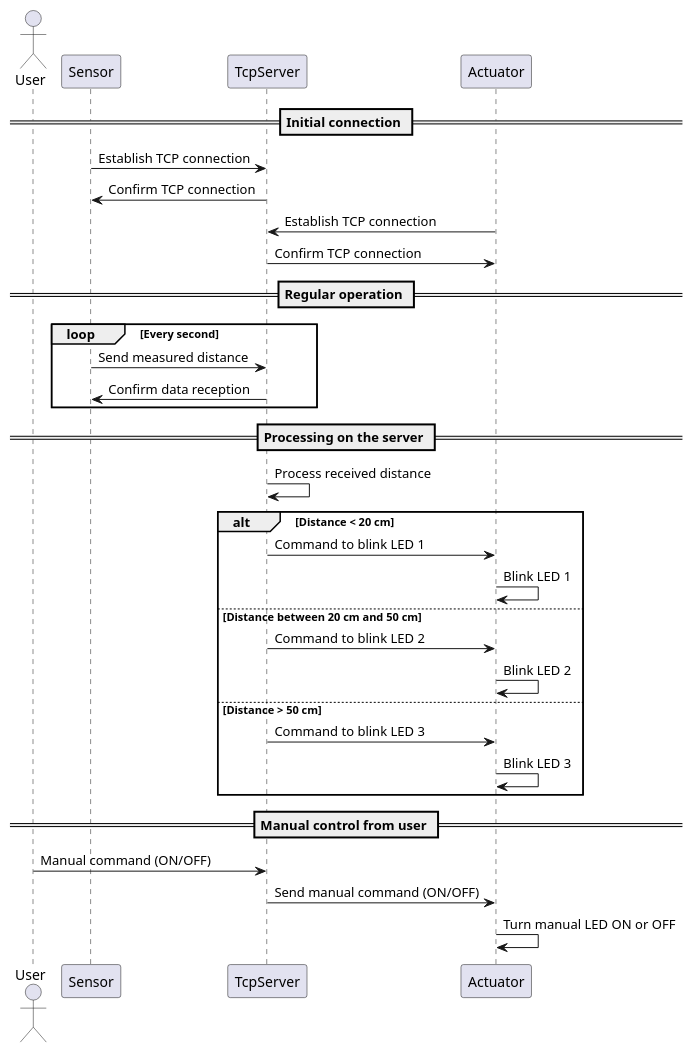
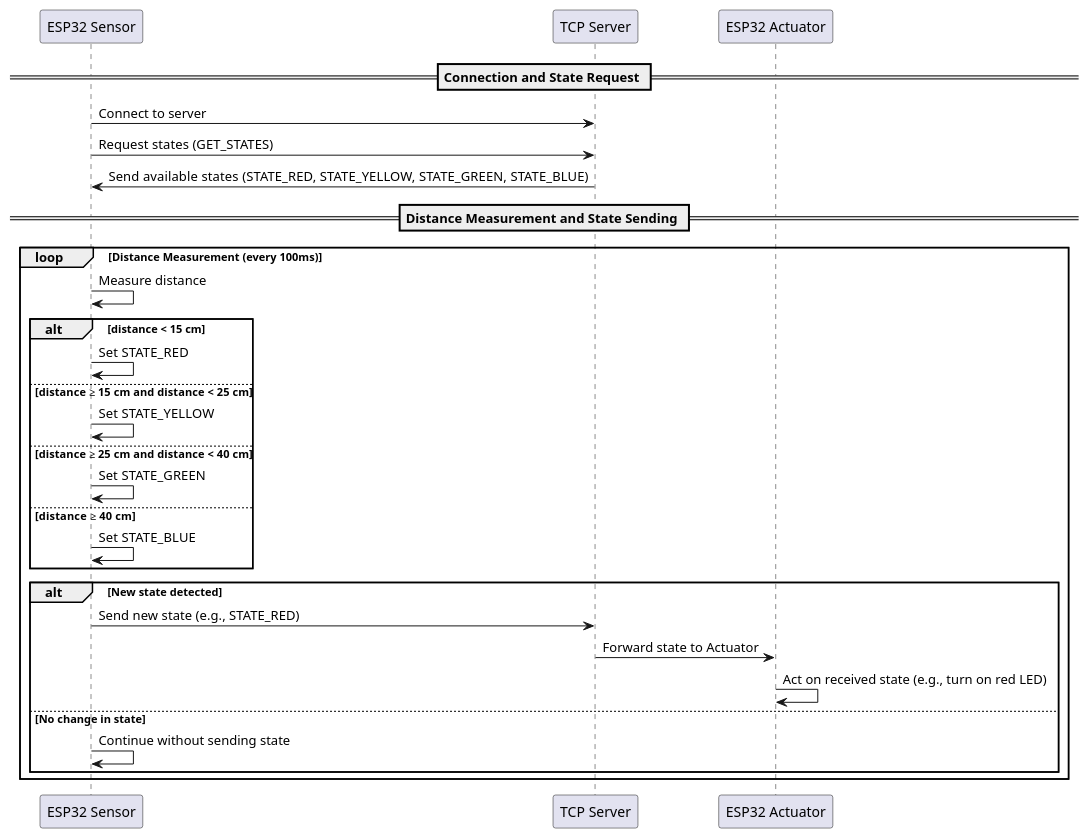
The diagram in Diagrams/Sequence.puml (Ichurri/sensor-actuator-iot), drawn with PlantUML before and after one commit. The commit also changed 2 other files, not shown here.

Commit message:
Diagrams added

```diff
--- a/Diagrams/Sequence.puml
+++ b/Diagrams/Sequence.puml
@@ -1,38 +1,35 @@
 @startuml
-actor User as U
-participant "Sensor" as S
-participant "TcpServer" as JS
-participant "Actuator" as A
 
-== Initial connection ==
-S -> JS: Establish TCP connection
-JS -> S: Confirm TCP connection
+participant Sensor as "ESP32 Sensor"
+participant Server as "TCP Server"
+participant Actuator as "ESP32 Actuator"
 
-A -> JS: Establish TCP connection
-JS -> A: Confirm TCP connection
+== Connection and State Request ==
+Sensor -> Server: Connect to server
+Sensor -> Server: Request states (GET_STATES)
+Server -> Sensor: Send available states (STATE_RED, STATE_YELLOW, STATE_GREEN, STATE_BLUE)
 
-== Regular operation ==
-loop Every second
-    S -> JS: Send measured distance
-    JS -> S: Confirm data reception
+== Distance Measurement and State Sending ==
+loop Distance Measurement (every 100ms)
+  Sensor -> Sensor: Measure distance
+  alt distance < 15 cm
+    Sensor -> Sensor: Set STATE_RED
+  else distance ≥ 15 cm and distance < 25 cm
+    Sensor -> Sensor: Set STATE_YELLOW
+  else distance ≥ 25 cm and distance < 40 cm
+    Sensor -> Sensor: Set STATE_GREEN
+  else distance ≥ 40 cm
+    Sensor -> Sensor: Set STATE_BLUE
+  end
+  
+  alt New state detected
+    Sensor -> Server: Send new state (e.g., STATE_RED)
+    
+    Server -> Actuator: Forward state to Actuator
+    Actuator -> Actuator: Act on received state (e.g., turn on red LED)
+  else No change in state
+    Sensor -> Sensor: Continue without sending state
+  end
 end
 
-== Processing on the server ==
-JS -> JS: Process received distance
-alt Distance < 20 cm
-    JS -> A: Command to blink LED 1
-    A -> A: Blink LED 1
-else Distance between 20 cm and 50 cm
-    JS -> A: Command to blink LED 2
-    A -> A: Blink LED 2
-else Distance > 50 cm
-    JS -> A: Command to blink LED 3
-    A -> A: Blink LED 3
-end
-
-== Manual control from user ==
-U -> JS: Manual command (ON/OFF)
-JS -> A: Send manual command (ON/OFF)
-A -> A: Turn manual LED ON or OFF
-
 @enduml
```
